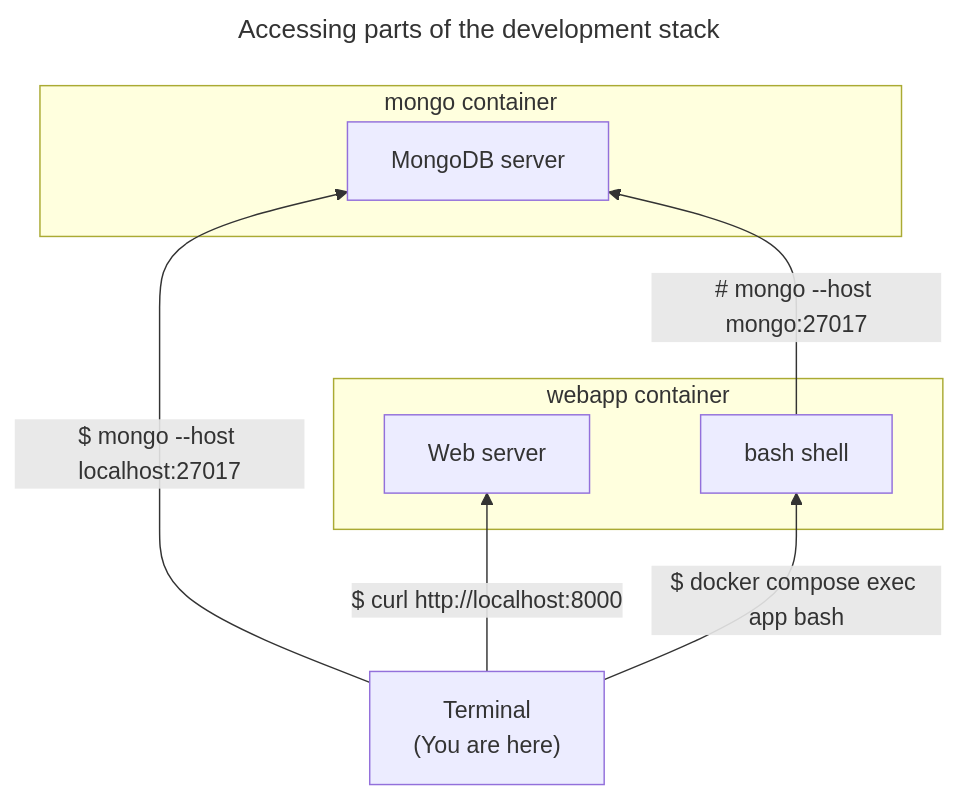
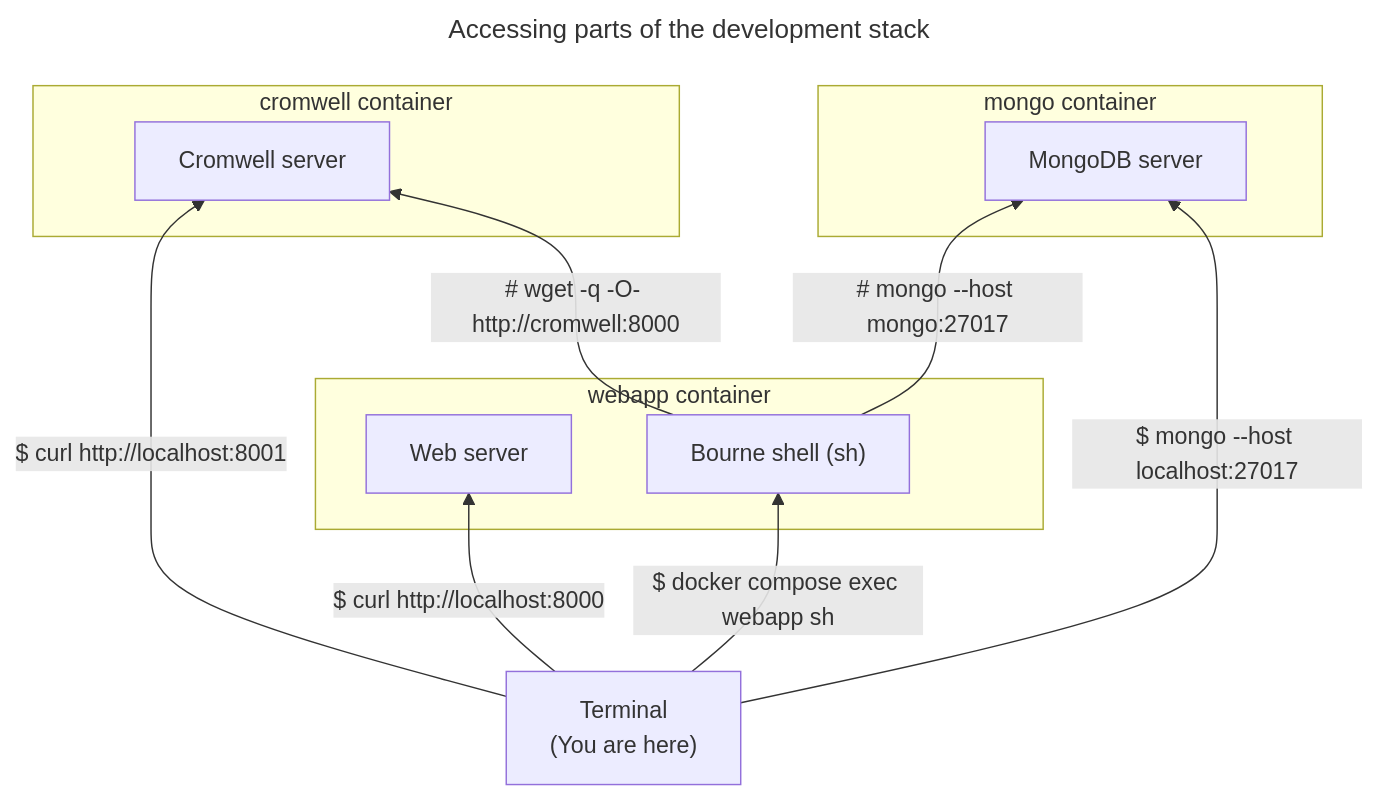
The second of 2 diagrams in README.md (microbiomedata/nmdc-edge), drawn with Mermaid before and after one commit. The commit also changed other lines of this file and 30 other files, not shown here.

Commit message:
Big commit! Overhaul config system, add Cromwell container

````diff
--- a/README.md
+++ b/README.md
@@ -102,22 +107,28 @@
 ```mermaid
 ---
 title: Accessing parts of the development stack
 ---
 graph BT
     host["Terminal<br>(You are here)"]
     
     %% Links:
     host -- "$ curl http://localhost:8000" --> server
-    host -- "$ docker compose exec app bash" --> bash
+    host -- "$ curl http://localhost:8001" --> cromwell_server
+    host -- "$ docker compose exec webapp sh" --> webapp_shell
+    webapp_shell -- "# mongo --host mongo:27017" --> db
     host -- "$ mongo --host localhost:27017" --> db
-    bash -- "# mongo --host mongo:27017" --> db
+    webapp_shell -- "# wget -q -O- http://cromwell:8000" --> cromwell_server
     
     subgraph WebAppContainer["webapp container"]
         server["Web server"]
-        bash["bash shell"]
+        webapp_shell["Bourne shell (sh)"]
     end
     
     subgraph MongoContainer["mongo container"]
         db["MongoDB server"]
+    end
+    
+    subgraph CromwellContainer["cromwell container"]
+        cromwell_server["Cromwell server"]
     end    
 ```
````
